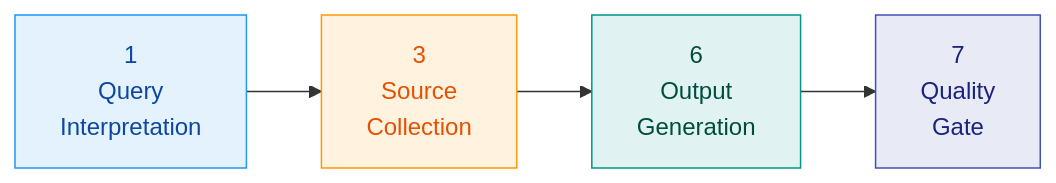
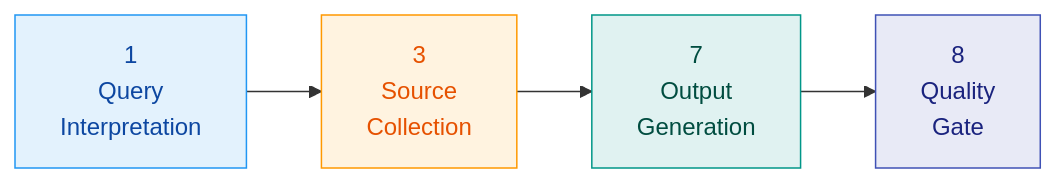
One commit to kipeum86/general-legal-research changed the second of 3 diagrams in README.md. Above: the diagram before and after it, drawn with Mermaid. The commit also changed other lines of this file and 26 other files, not shown here.

````diff
--- a/README.md
+++ b/README.md
@@ -108,11 +113,11 @@
 ```mermaid
 flowchart LR
     Q1["1\nQuery\nInterpretation"] --> Q3["3\nSource\nCollection"]
-    Q3 --> Q6["6\nOutput\nGeneration"]
-    Q6 --> Q7["7\nQuality\nGate"]
+    Q3 --> Q7["7\nOutput\nGeneration"]
+    Q7 --> Q8["8\nQuality\nGate"]
 
     style Q1 fill:#e3f2fd,stroke:#2196f3,color:#0d47a1
     style Q3 fill:#fff3e0,stroke:#ff9800,color:#e65100
-    style Q6 fill:#e0f2f1,stroke:#009688,color:#004d40
-    style Q7 fill:#e8eaf6,stroke:#3f51b5,color:#1a237e
+    style Q7 fill:#e0f2f1,stroke:#009688,color:#004d40
+    style Q8 fill:#e8eaf6,stroke:#3f51b5,color:#1a237e
 ```
````
